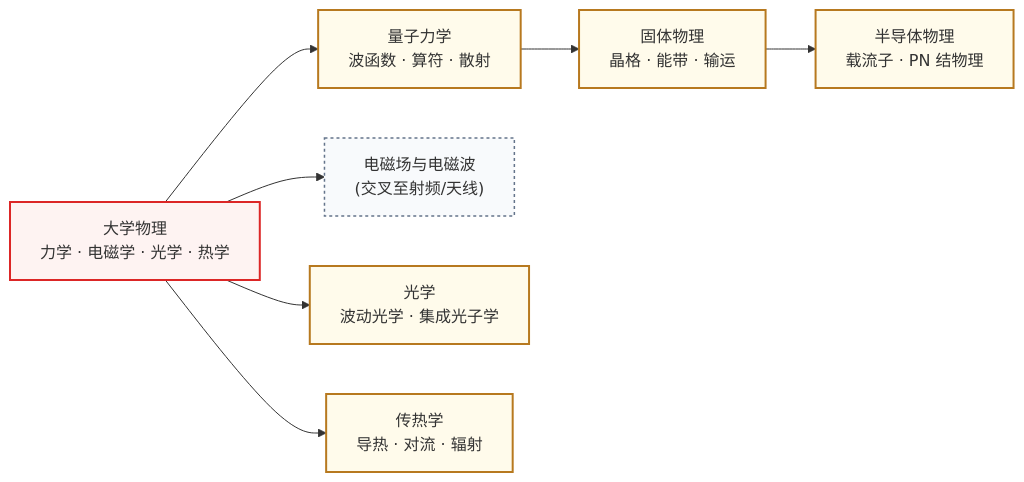
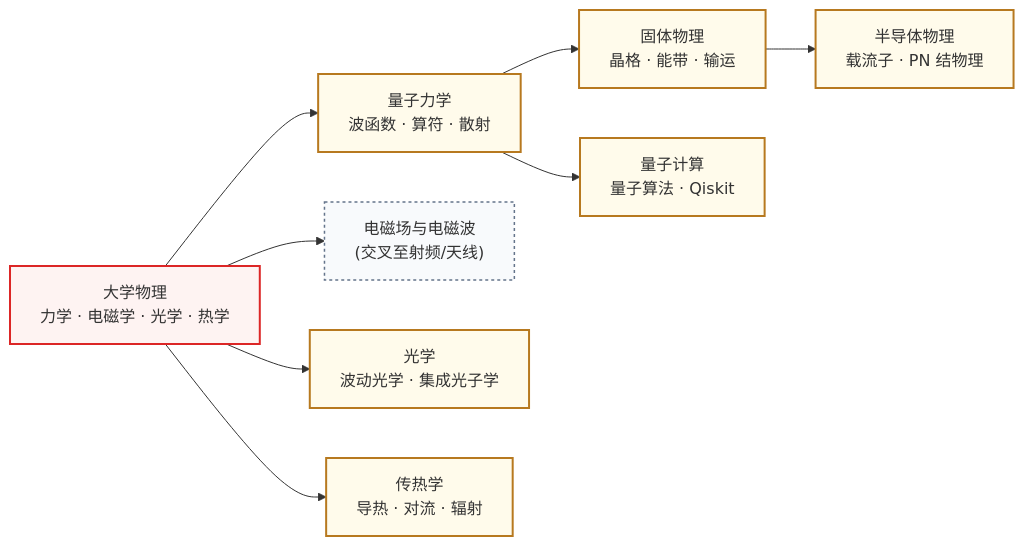
Before and after one commit to Crys-Chen/ic-guide: the diagram in docs/学习地图/物理/index.md, drawn with Mermaid. The commit also changed other lines of this file and 2 other files, not shown here.

````diff
--- a/docs/学习地图/物理/index.md
+++ b/docs/学习地图/物理/index.md
@@ -15,16 +9,17 @@
 ```mermaid
 graph LR
     A["大学物理<br/>力学 · 电磁学 · 光学 · 热学"] --> B["量子力学<br/>波函数 · 算符 · 散射"]
     B --> C["固体物理<br/>晶格 · 能带 · 输运"]
+    B --> H["量子计算<br/>量子算法 · Qiskit"]
     C --> D["半导体物理<br/>载流子 · PN 结物理"]
     A --> E["电磁场与电磁波<br/>(交叉至射频/天线)"]
     A --> F["光学<br/>波动光学 · 集成光子学"]
     A --> G["传热学<br/>导热 · 对流 · 辐射"]
 
     classDef base fill:#FEF3F2,stroke:#DC2626,stroke-width:2px
     classDef advanced fill:#FFFBEB,stroke:#B7791F,stroke-width:2px
     classDef next fill:#F8FAFC,stroke:#64748B,stroke-width:1.5px,stroke-dasharray:3 3
     class A base
-    class B,C,D,F,G advanced
+    class B,C,D,F,G,H advanced
     class E next
 ```
````
